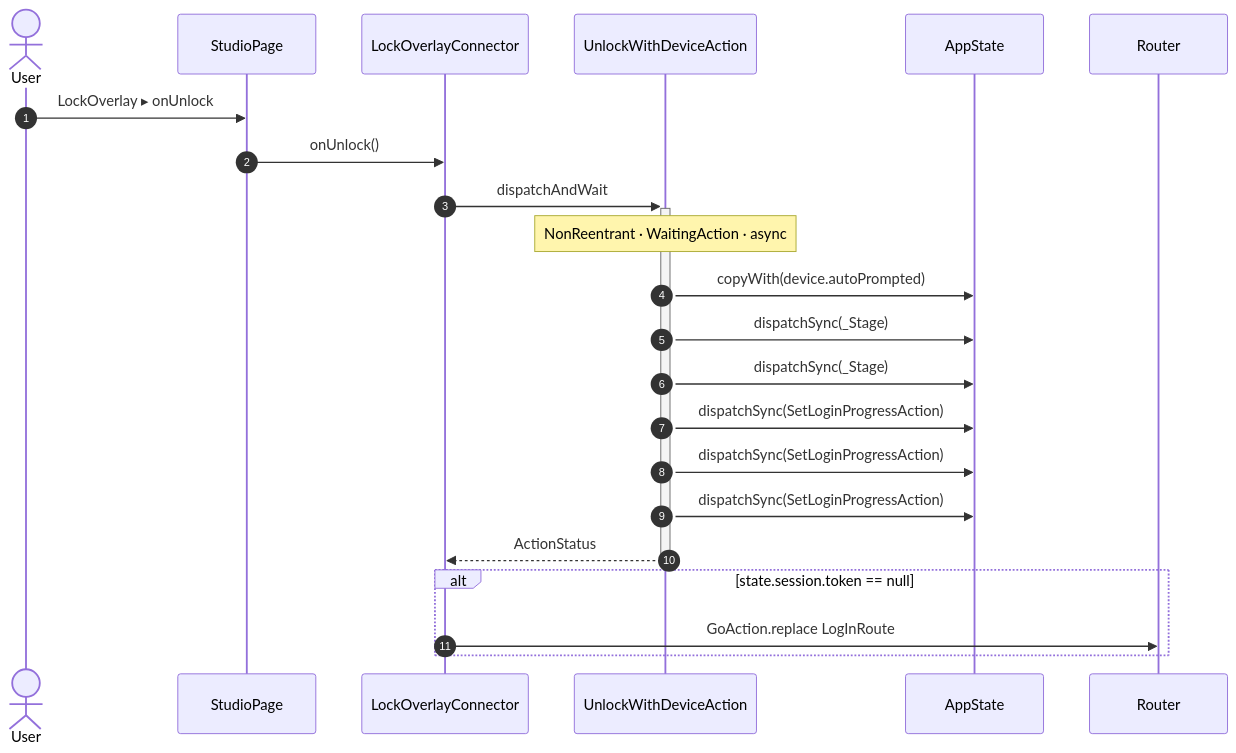
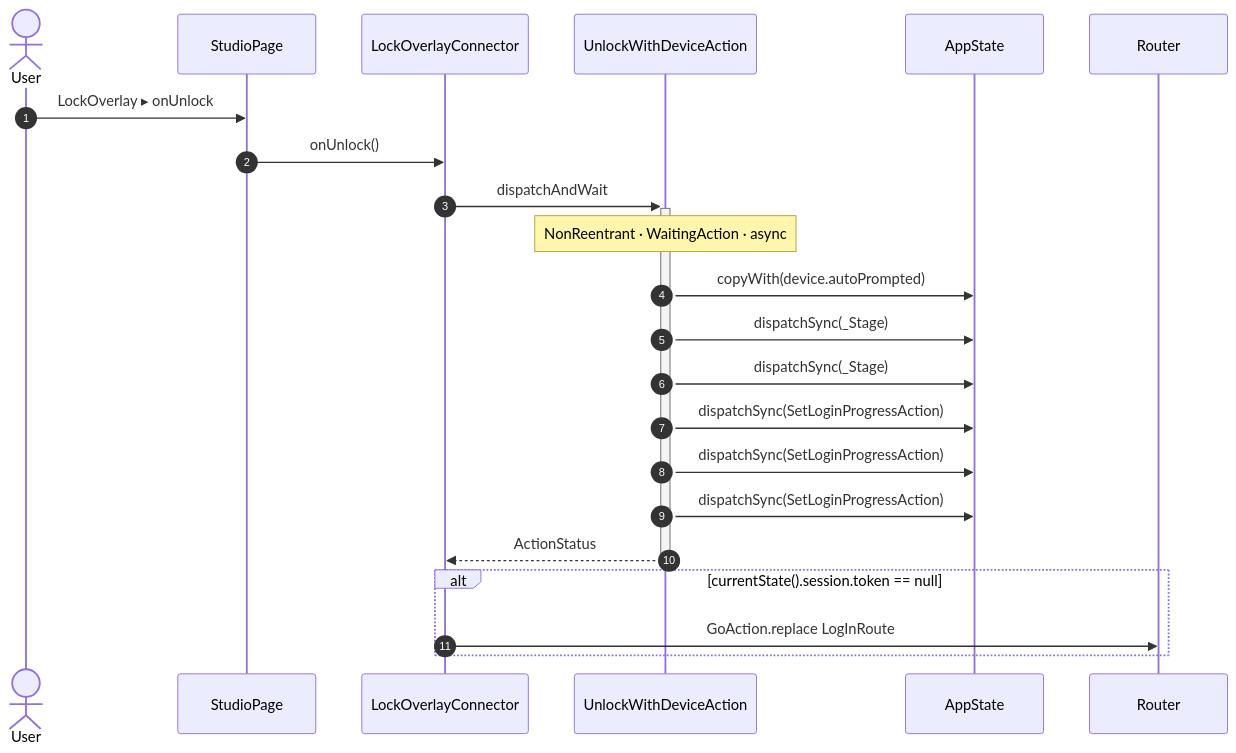
Before and after one commit to gencto/wyrm: diagram 14 of 17 in studio/docs/flows/studio.md, drawn with Mermaid. The commit also changed 5 other files, not shown here.

````diff
--- a/studio/docs/flows/studio.md
+++ b/studio/docs/flows/studio.md
@@ -249,25 +249,25 @@
 ```mermaid
 sequenceDiagram
     autonumber
     actor User
     participant UI as StudioPage
     participant R1 as LockOverlayConnector
     participant A1 as UnlockWithDeviceAction
     participant ST as AppState
     participant NAV as Router
 
     User->>UI: LockOverlay ▸ onUnlock
     UI->>R1: onUnlock()
     R1->>+A1: dispatchAndWait
     Note over A1: NonReentrant · WaitingAction · async
     A1->>ST: copyWith(device.autoPrompted)
     A1->>ST: dispatchSync(_Stage)
     A1->>ST: dispatchSync(_Stage)
     A1->>ST: dispatchSync(SetLoginProgressAction)
     A1->>ST: dispatchSync(SetLoginProgressAction)
     A1->>ST: dispatchSync(SetLoginProgressAction)
     A1-->>-R1: ActionStatus
-    alt state.session.token == null
+    alt currentState().session.token == null
         R1->>NAV: GoAction.replace LogInRoute
     end
 ```
````
